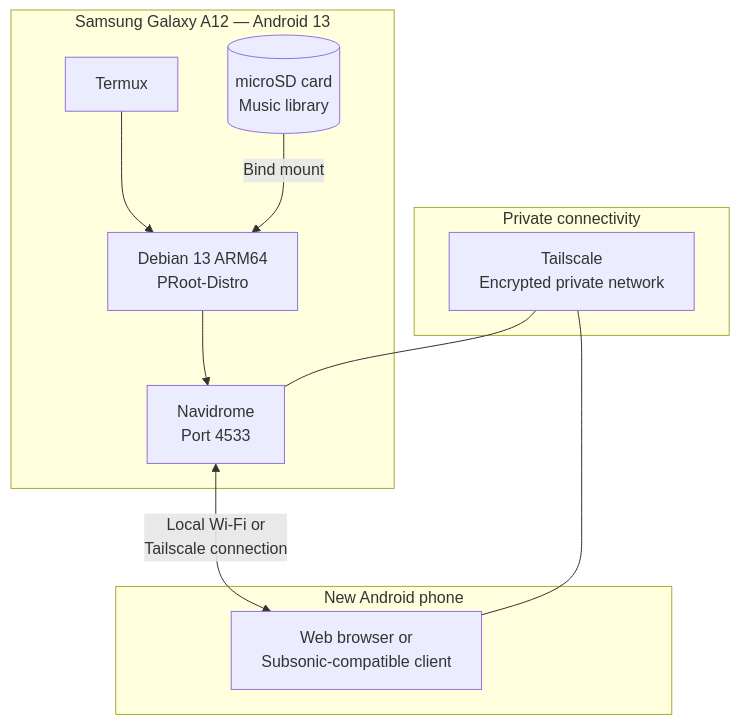
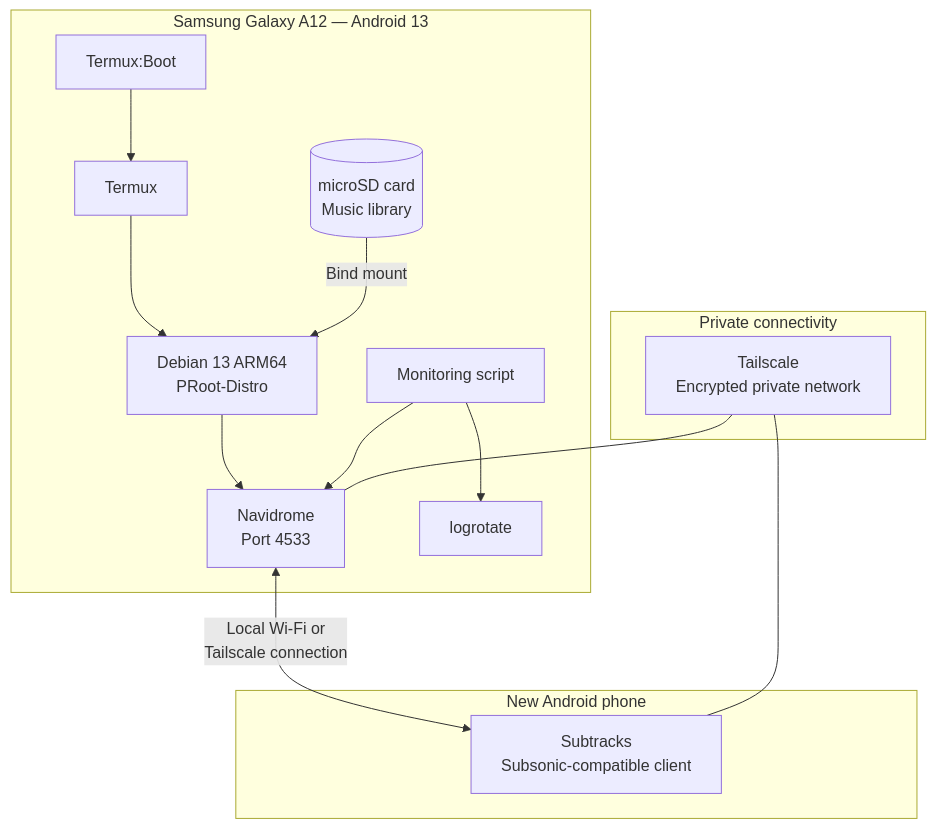
Before and after one commit to neri-iula/music-server: the diagram in README.md, drawn with Mermaid. The commit also changed other lines of this file, not shown here.

````diff
--- a/README.md
+++ b/README.md
@@ -30,24 +48,31 @@
 ```mermaid
 flowchart TB
     subgraph Server["Samsung Galaxy A12 — Android 13"]
         T["Termux"]
+        B["Termux:Boot"]
         D["Debian 13 ARM64<br/>PRoot-Distro"]
         N["Navidrome<br/>Port 4533"]
+        M["Monitoring script"]
+        L["logrotate"]
         SD[("microSD card<br/>Music library")]
+
+        B --> T
         T --> D
         D --> N
         SD -->|"Bind mount"| D
+        M --> N
+        M --> L
     end
 
     subgraph Network["Private connectivity"]
         TS["Tailscale<br/>Encrypted private network"]
     end
 
     subgraph Client["New Android phone"]
-        A["Web browser or<br/>Subsonic-compatible client"]
+        A["Subtracks<br/>Subsonic-compatible client"]
     end
 
     N <-->|"Local Wi-Fi or<br/>Tailscale connection"| A
     TS --- N
     TS --- A
 ```
````
